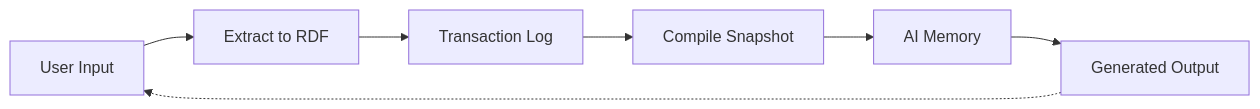
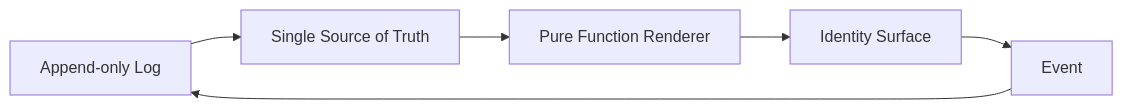
One commit to Synthetic-Identity-Co/conj-talk-2025 changed the first of 6 diagrams in presenter.md. Above: the diagram before and after it, drawn with Mermaid. The commit also changed other lines of this file, not shown here.

````diff
--- a/presenter.md
+++ b/presenter.md
@@ -44,9 +44,8 @@
 ```mermaid
 graph LR
-    A[User Input] --> B[Extract to RDF]
-    B --> C[Transaction Log]
-    C --> D[Compile Snapshot]
-    D --> E[AI Memory]
-    E --> F[Generated Output]
-    F -.-> A
+    A[Append-only Log] --> B[Single Source of Truth]
+    B --> C[Pure Function Renderer]
+    C --> D[Identity Surface]
+    D --> E[Event]
+    E --> A
 ```
````
